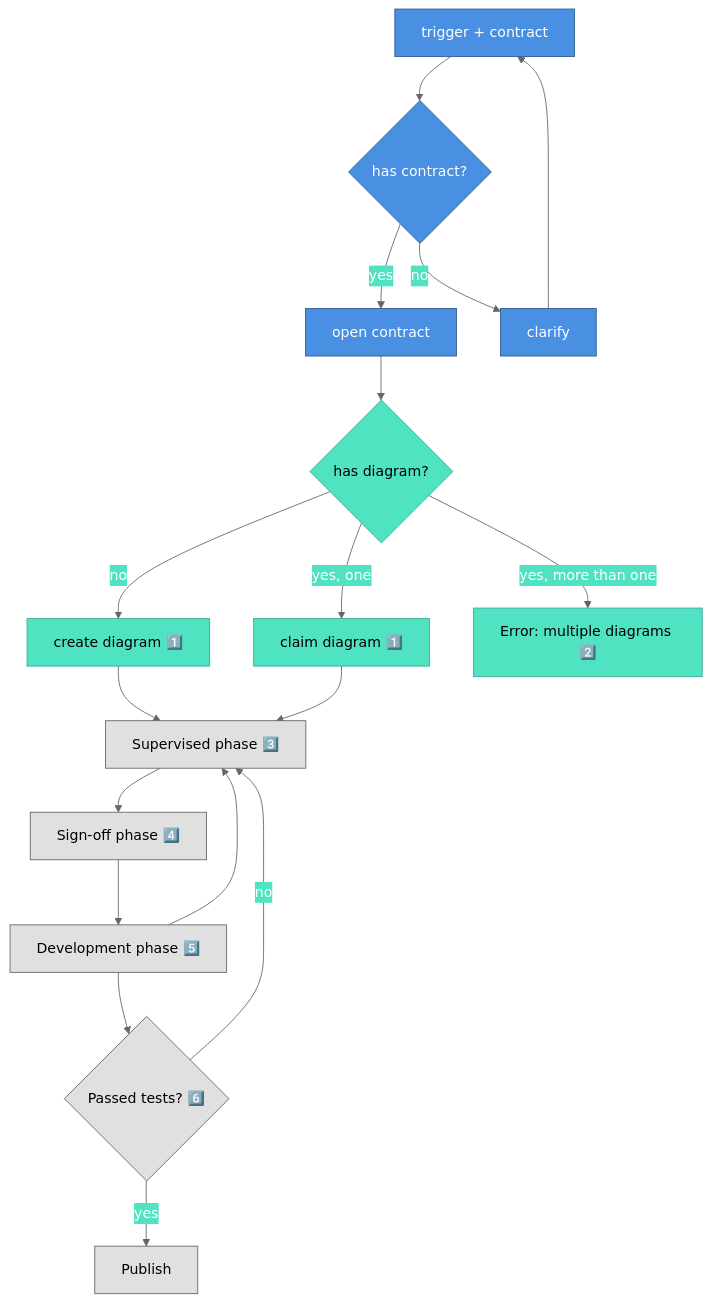
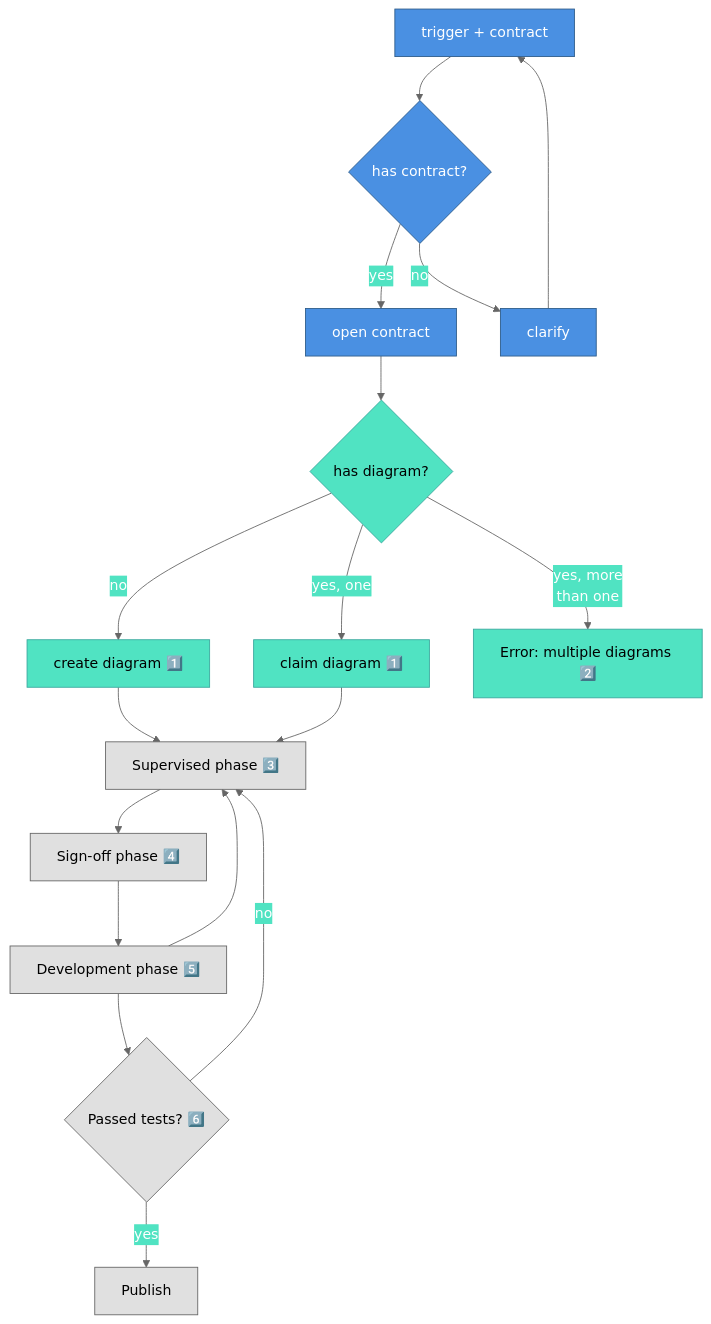
One commit to nonlinear/skills changed the diagram in contract-diagram/SKILL.md. Above: the diagram before and after it, drawn with Mermaid.

Commit message:
Break long label into two lines (yes, more<br/>than one)

````diff
--- a/contract-diagram/SKILL.md
+++ b/contract-diagram/SKILL.md
@@ -14,45 +14,45 @@
 ```mermaid
 %%{init: {'theme':'base','themeVariables':{'primaryColor':'#4A90E2','primaryTextColor':'#fff','primaryBorderColor':'#2E5C8A','lineColor':'#666','secondaryColor':'#50E3C2','tertiaryColor':'#FFD700'}}}%%
 flowchart TD
     TRIGGER["trigger + contract"]
     CHECK_CONTRACT{"has contract?"}
     OPEN["open contract"]
     CLARIFY["clarify"]
     CHECK_DIAGRAM{"has diagram?"}
     CREATE["create diagram 1️⃣"]
     CLAIM["claim diagram 1️⃣"]
     ERROR["Error: multiple diagrams 2️⃣"]
     
     SUPERVISED["Supervised phase 3️⃣"]
     SIGNOFF["Sign-off phase 4️⃣"]
     DEVELOPMENT["Development phase 5️⃣"]
     TESTS{"Passed tests? 6️⃣"}
     PUBLISH["Publish"]
     
     TRIGGER --> CHECK_CONTRACT
     CHECK_CONTRACT -->|yes| OPEN
     CHECK_CONTRACT -->|no| CLARIFY
     CLARIFY --> TRIGGER
     
     OPEN --> CHECK_DIAGRAM
     CHECK_DIAGRAM -->|no| CREATE
     CHECK_DIAGRAM -->|yes, one| CLAIM
-    CHECK_DIAGRAM -->|yes, more than one| ERROR
+    CHECK_DIAGRAM -->|yes, more<br/>than one| ERROR
     
     CREATE --> SUPERVISED
     CLAIM --> SUPERVISED
     SUPERVISED --> SIGNOFF
     SIGNOFF --> DEVELOPMENT
     DEVELOPMENT --> SUPERVISED
     DEVELOPMENT --> TESTS
     TESTS -->|yes| PUBLISH
     TESTS -->|no| SUPERVISED
     
     classDef default fill:#e0e0e0,stroke:#666,color:#000
     classDef approved fill:#4A90E2,stroke:#2E5C8A,color:#fff
     classDef developed fill:#50E3C2,stroke:#3aa89e,color:#000
     
     class TRIGGER,CHECK_CONTRACT,OPEN,CLARIFY approved
     class CHECK_DIAGRAM,CREATE,CLAIM,ERROR developed
     class SUPERVISED,SIGNOFF,DEVELOPMENT,TESTS,PUBLISH default
 ```
````
